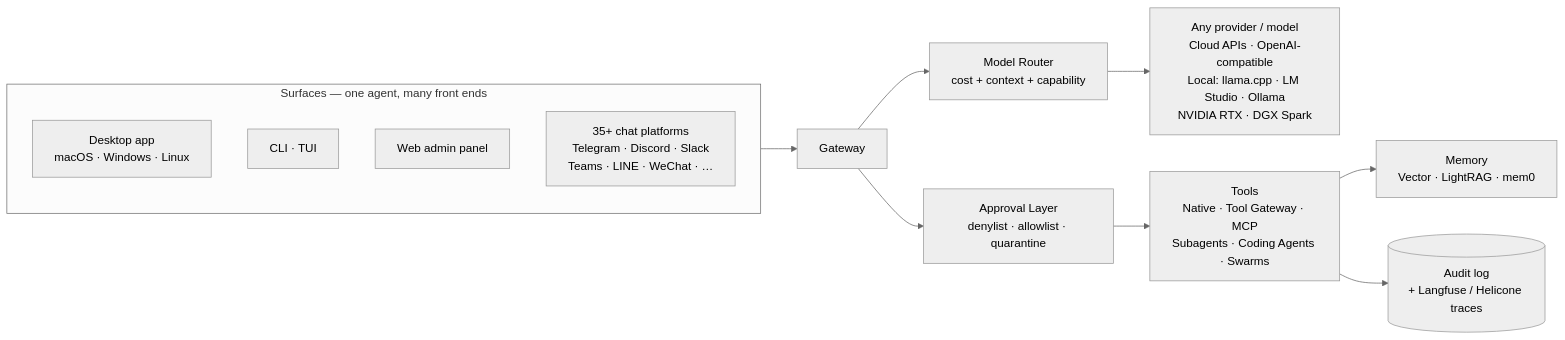
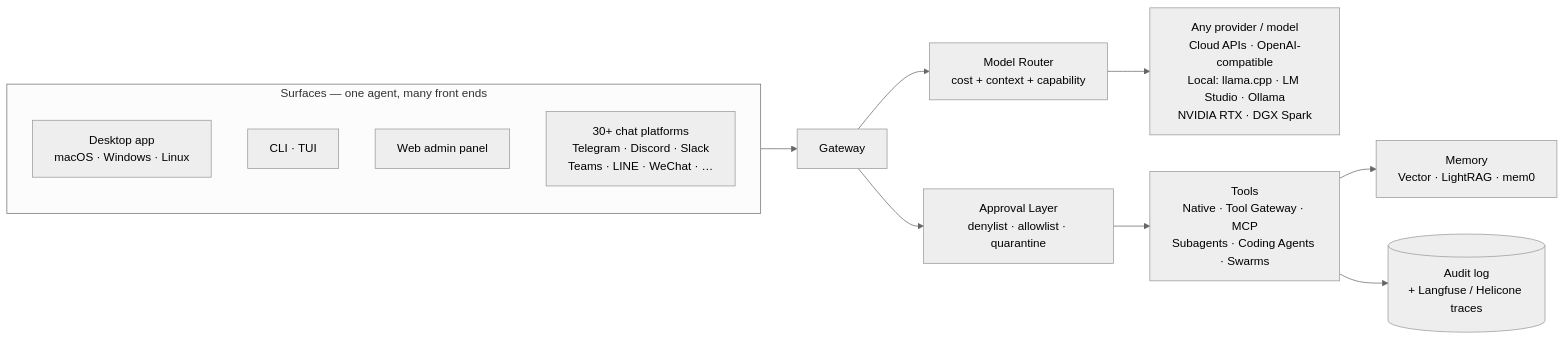
The diagram in README.md (OnlyTerp/hermes-optimization-guide), drawn with Mermaid (neutral theme) before and after one commit. The commit also changed other lines of this file and 23 other files, not shown here.

````diff
--- a/README.md
+++ b/README.md
@@ -184,17 +208,17 @@
 ```mermaid
 flowchart LR
   subgraph Surfaces[Surfaces — one agent, many front ends]
     direction TB
     Desktop[Desktop app<br/>macOS · Windows · Linux]
     Term[CLI · TUI]
     Web[Web admin panel]
-    Chat[35+ chat platforms<br/>Telegram · Discord · Slack<br/>Teams · LINE · WeChat · …]
+    Chat[30+ chat platforms<br/>Telegram · Discord · Slack<br/>Teams · LINE · WeChat · …]
   end
   Surfaces --> Gateway
   Gateway --> Router[Model Router<br/>cost + context + capability]
   Router --> Providers[Any provider / model<br/>Cloud APIs · OpenAI-compatible<br/>Local: llama.cpp · LM Studio · Ollama<br/>NVIDIA RTX · DGX Spark]
   Gateway --> Approval[Approval Layer<br/>denylist · allowlist · quarantine]
   Approval --> Tools[Tools<br/>Native · Tool Gateway · MCP<br/>Subagents · Coding Agents · Swarms]
   Tools --> Memory[Memory<br/>Vector · LightRAG · mem0]
   Tools --> Logs[(Audit log<br/>+ Langfuse / Helicone traces)]
 ```
````
